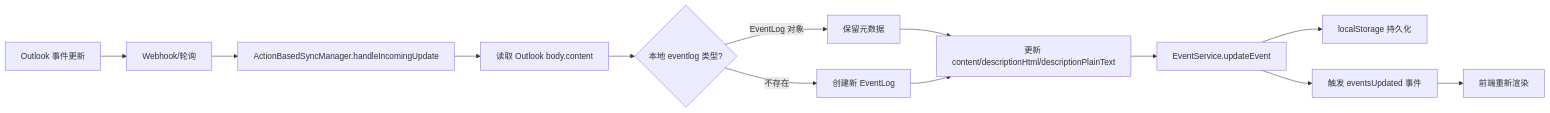
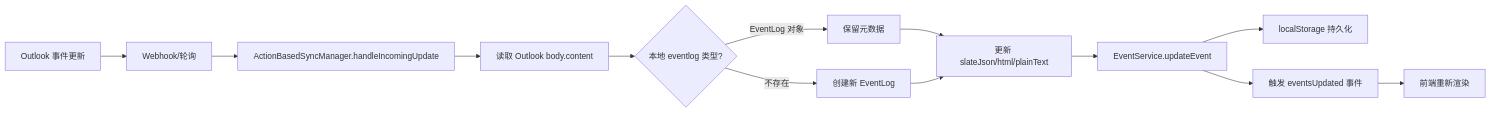
One commit to zoeysnowy/ReMarkable changed the tenth of 10 diagrams in docs/architecture/EVENTHUB_TIMEHUB_ARCHITECTURE.md. Above: the diagram before and after it, drawn with Mermaid. The commit also changed other lines of this file and 14 other files, not shown here.

````diff
--- a/docs/architecture/EVENTHUB_TIMEHUB_ARCHITECTURE.md
+++ b/docs/architecture/EVENTHUB_TIMEHUB_ARCHITECTURE.md
@@ -3739,15 +3739,15 @@
 ```mermaid
 graph LR
     A[Outlook 事件更新] --> B[Webhook/轮询]
     B --> C[ActionBasedSyncManager.handleIncomingUpdate]
     C --> D[读取 Outlook body.content]
     D --> E{本地 eventlog 类型?}
     E -->|EventLog 对象| F[保留元数据]
     E -->|不存在| G[创建新 EventLog]
-    F --> H[更新 content/descriptionHtml/descriptionPlainText]
+    F --> H[更新 slateJson/html/plainText]
     G --> H
     H --> I[EventService.updateEvent]
     I --> J[localStorage 持久化]
     I --> K[触发 eventsUpdated 事件]
     K --> L[前端重新渲染]
 ```
````
